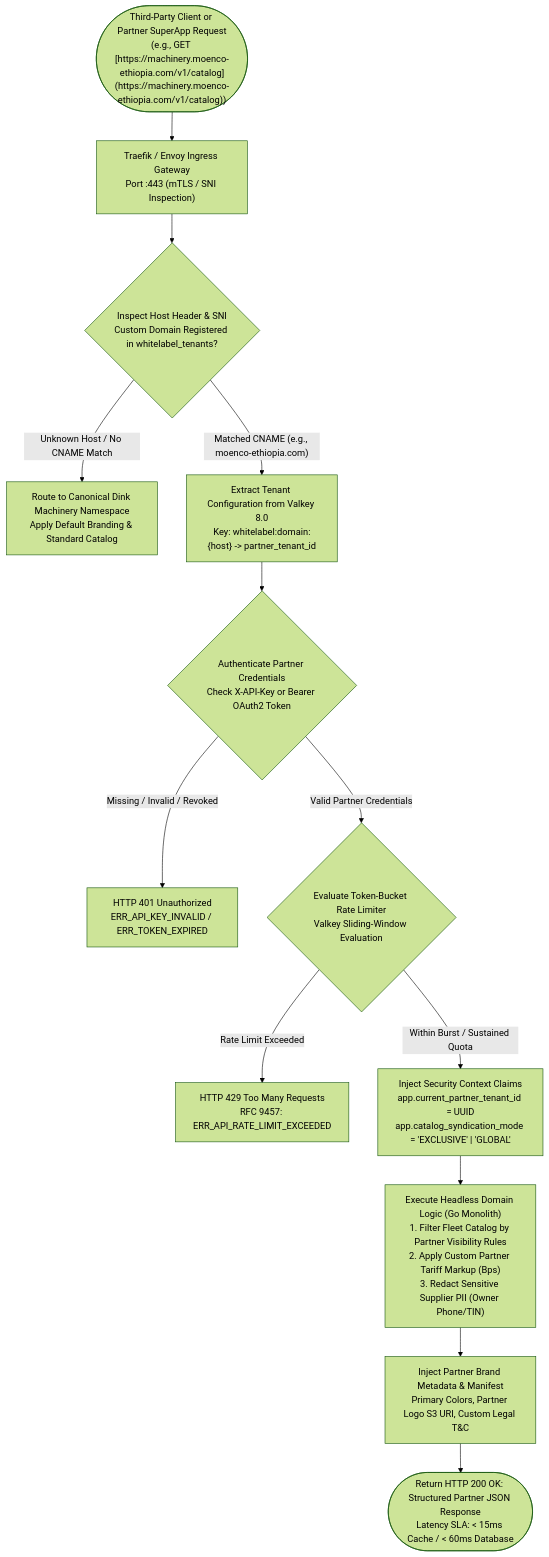
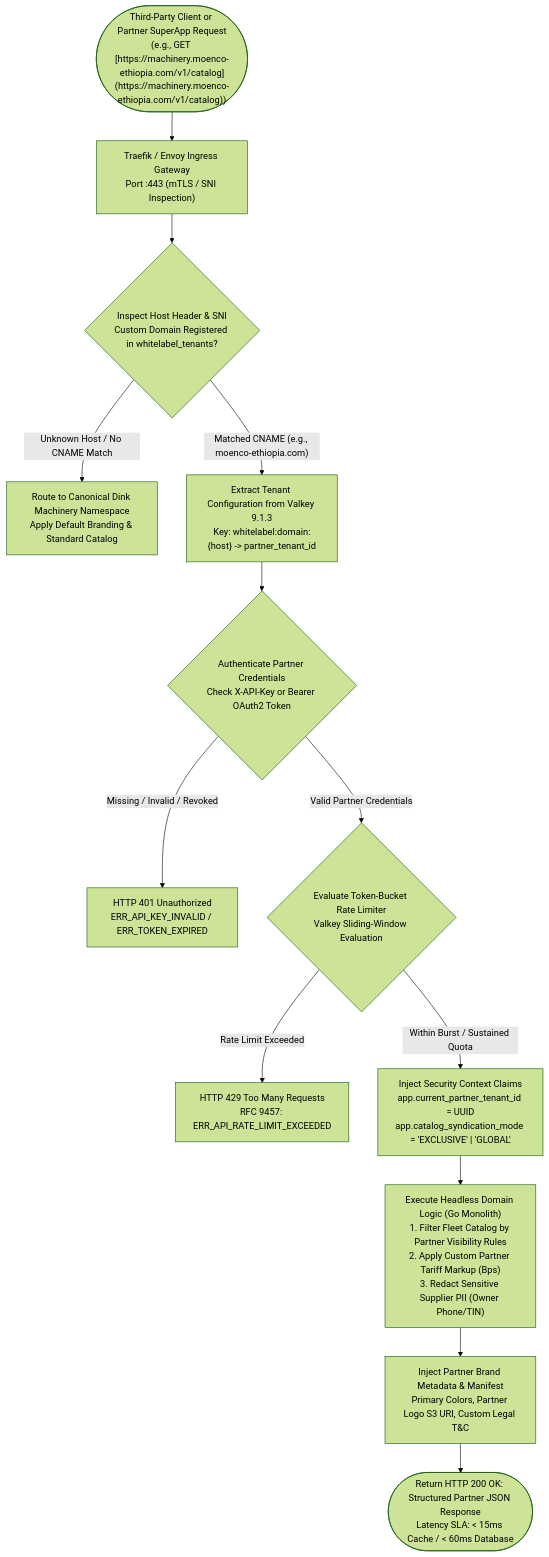
One commit to YDink/Heavy-Machinery-Logistics-Rental changed the first of 4 diagrams in docs/shared/requirements/07-07-white-label-api.md. Above: the diagram before and after it, drawn with Mermaid (forest theme). The commit also changed other lines of this file and 212 other files, not shown here.

````diff
--- a/docs/shared/requirements/07-07-white-label-api.md
+++ b/docs/shared/requirements/07-07-white-label-api.md
@@ -91,23 +91,23 @@
 ```mermaid
 flowchart TD
     ClientRequest(["Third-Party Client or Partner SuperApp Request<br/>(e.g., GET [https://machinery.moenco-ethiopia.com/v1/catalog](https://machinery.moenco-ethiopia.com/v1/catalog))"]) --> IngressEdge["Traefik / Envoy Ingress Gateway<br/>Port :443 (mTLS / SNI Inspection)"]
 
     IngressEdge --> ResolveDomain{"Inspect Host Header & SNI<br/>Custom Domain Registered in whitelabel_tenants?"}
 
     ResolveDomain -->|"Unknown Host / No CNAME Match"| FallbackCore["Route to Canonical Dink Machinery Namespace<br/>Apply Default Branding & Standard Catalog"]
-    ResolveDomain -->|"Matched CNAME (e.g., moenco-ethiopia.com)"| ResolveTenant["Extract Tenant Configuration from Valkey 8.0<br/>Key: whitelabel:domain:{host} -> partner_tenant_id"]
+    ResolveDomain -->|"Matched CNAME (e.g., moenco-ethiopia.com)"| ResolveTenant["Extract Tenant Configuration from Valkey 9.1.3<br/>Key: whitelabel:domain:{host} -> partner_tenant_id"]
 
     ResolveTenant --> AuthenticateRequest{"Authenticate Partner Credentials<br/>Check X-API-Key or Bearer OAuth2 Token"}
 
     AuthenticateRequest -->|"Missing / Invalid / Revoked"| RejectAuth["HTTP 401 Unauthorized<br/>ERR_API_KEY_INVALID / ERR_TOKEN_EXPIRED"]
     AuthenticateRequest -->|"Valid Partner Credentials"| RateLimitCheck{"Evaluate Token-Bucket Rate Limiter<br/>Valkey Sliding-Window Evaluation"}
 
     RateLimitCheck -->|"Rate Limit Exceeded"| RejectRateLimit["HTTP 429 Too Many Requests<br/>RFC 9457: ERR_API_RATE_LIMIT_EXCEEDED"]
     RateLimitCheck -->|"Within Burst / Sustained Quota"| InjectTenantContext["Inject Security Context Claims<br/>app.current_partner_tenant_id = UUID<br/>app.catalog_syndication_mode = 'EXCLUSIVE' | 'GLOBAL'"]
 
     InjectTenantContext --> ProcessLogic["Execute Headless Domain Logic (Go Monolith)<br/>1. Filter Fleet Catalog by Partner Visibility Rules<br/>2. Apply Custom Partner Tariff Markup (Bps)<br/>3. Redact Sensitive Supplier PII (Owner Phone/TIN)"]
 
     ProcessLogic --> FormatResponse["Inject Partner Brand Metadata & Manifest<br/>Primary Colors, Partner Logo S3 URI, Custom Legal T&C"]
 
     FormatResponse --> EmitResponse(["Return HTTP 200 OK: Structured Partner JSON Response<br/>Latency SLA: < 15ms Cache / < 60ms Database"])
 ```
````
